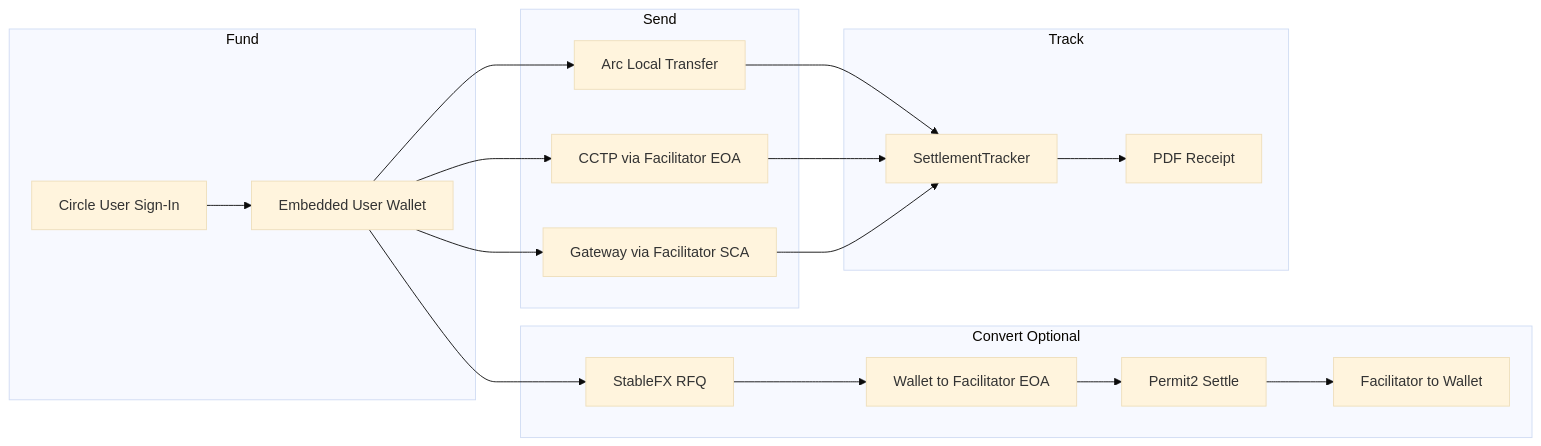
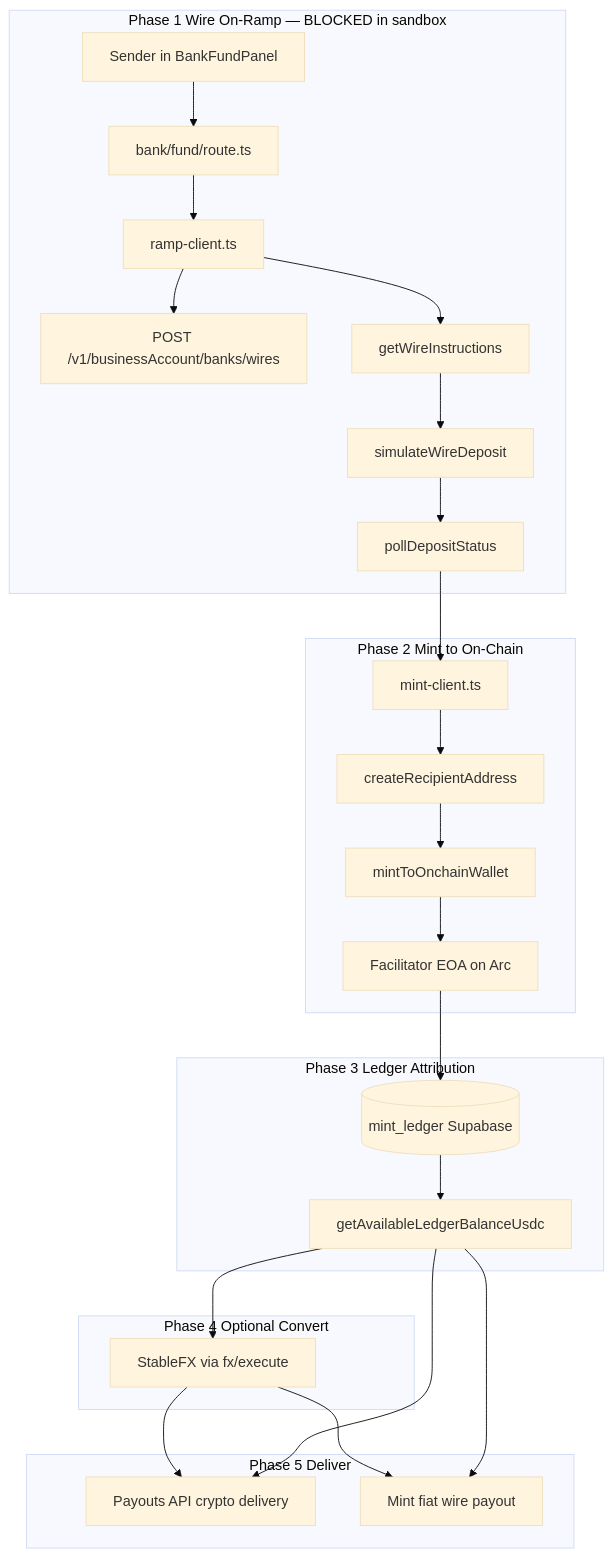
Before and after one commit to Marshal-AM/arcittance: diagram 13 of 15 in README.md, drawn with Mermaid (base theme). The commit also changed other lines of this file, not shown here.

````diff
--- a/README.md
+++ b/README.md
@@ -613,32 +1108,44 @@
 ```mermaid
-flowchart LR
-  subgraph fundStep [Fund]
-    SignIn[Circle User Sign-In]
-    Wallet[Embedded User Wallet]
-  end
-  subgraph convertStep [Convert Optional]
-    Quote[StableFX RFQ]
-    Debit[Wallet to Facilitator EOA]
-    Trade[Permit2 Settle]
-    Return[Facilitator to Wallet]
-  end
-  subgraph sendStep [Send]
-    Local[Arc Local Transfer]
-    CCTP[CCTP via Facilitator EOA]
-    GW[Gateway via Facilitator SCA]
-  end
-  subgraph trackStep [Track]
-    Legs[SettlementTracker]
-    Receipt[PDF Receipt]
+flowchart TB
+  subgraph phase1 [Phase 1 Wire On-Ramp — BLOCKED in sandbox]
+    User[Sender in BankFundPanel]
+    API[bank/fund/route.ts]
+    Ramp[ramp-client.ts]
+    WireAPI["POST /v1/businessAccount/banks/wires"]
+    Instr[getWireInstructions]
+    SimWire[simulateWireDeposit]
+    Poll[pollDepositStatus]
+    User --> API --> Ramp
+    Ramp --> WireAPI
+    Ramp --> Instr --> SimWire --> Poll
   end
 
-  SignIn --> Wallet
-  Wallet --> Quote --> Debit --> Trade --> Return
-  Wallet --> Local
-  Wallet --> CCTP
-  Wallet --> GW
-  Local --> Legs
-  CCTP --> Legs
-  GW --> Legs
-  Legs --> Receipt
+  subgraph phase2 [Phase 2 Mint to On-Chain]
+    MintClient[mint-client.ts]
+    Allowlist[createRecipientAddress]
+    MintOnchain[mintToOnchainWallet]
+    FacilitatorEOA[Facilitator EOA on Arc]
+    Poll --> MintClient --> Allowlist --> MintOnchain --> FacilitatorEOA
+  end
+
+  subgraph phase3 [Phase 3 Ledger Attribution]
+    DB[(mint_ledger Supabase)]
+    Attr[getAvailableLedgerBalanceUsdc]
+    FacilitatorEOA --> DB
+    DB --> Attr
+  end
+
+  subgraph phase4 [Phase 4 Optional Convert]
+    SFX[StableFX via fx/execute]
+    Attr --> SFX
+  end
+
+  subgraph phase5 [Phase 5 Deliver]
+    Crypto[Payouts API crypto delivery]
+    Fiat[Mint fiat wire payout]
+    SFX --> Crypto
+    SFX --> Fiat
+    Attr --> Crypto
+    Attr --> Fiat
+  end
 ```
````
